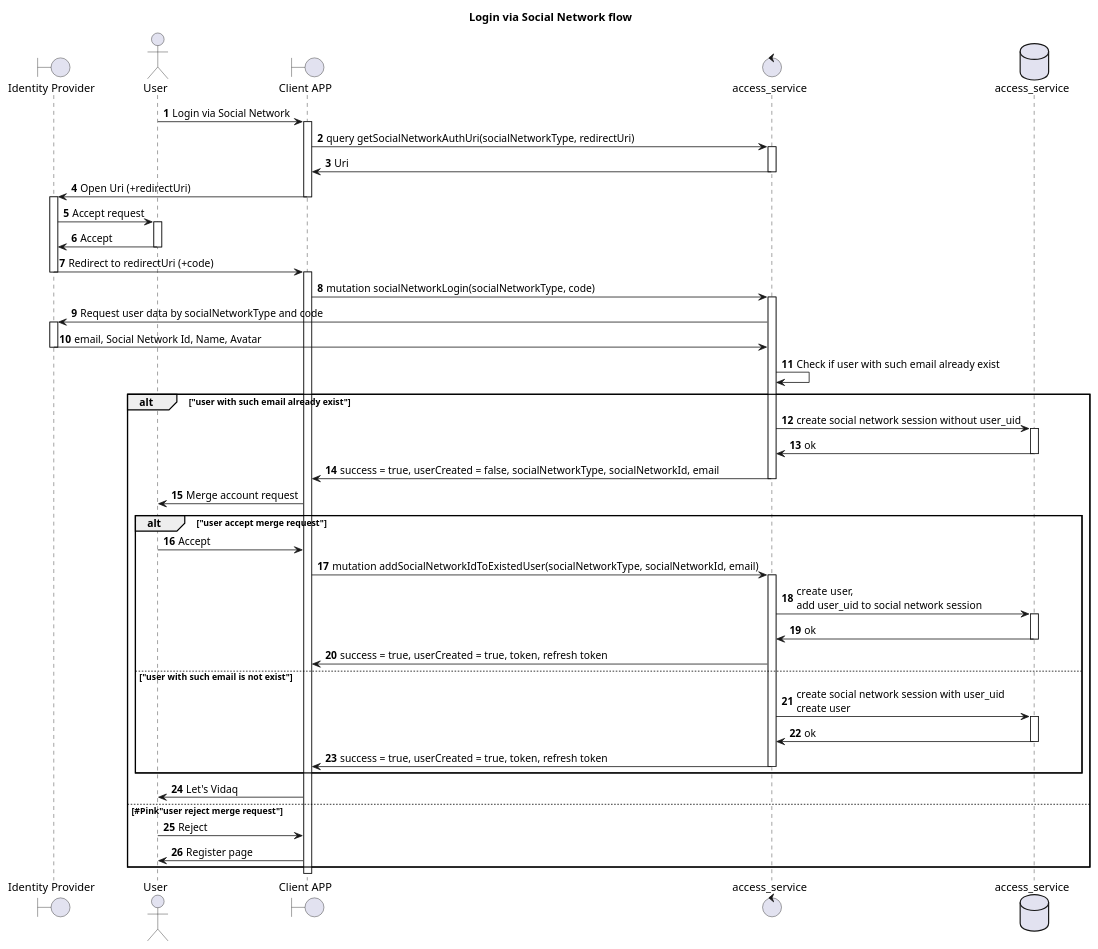
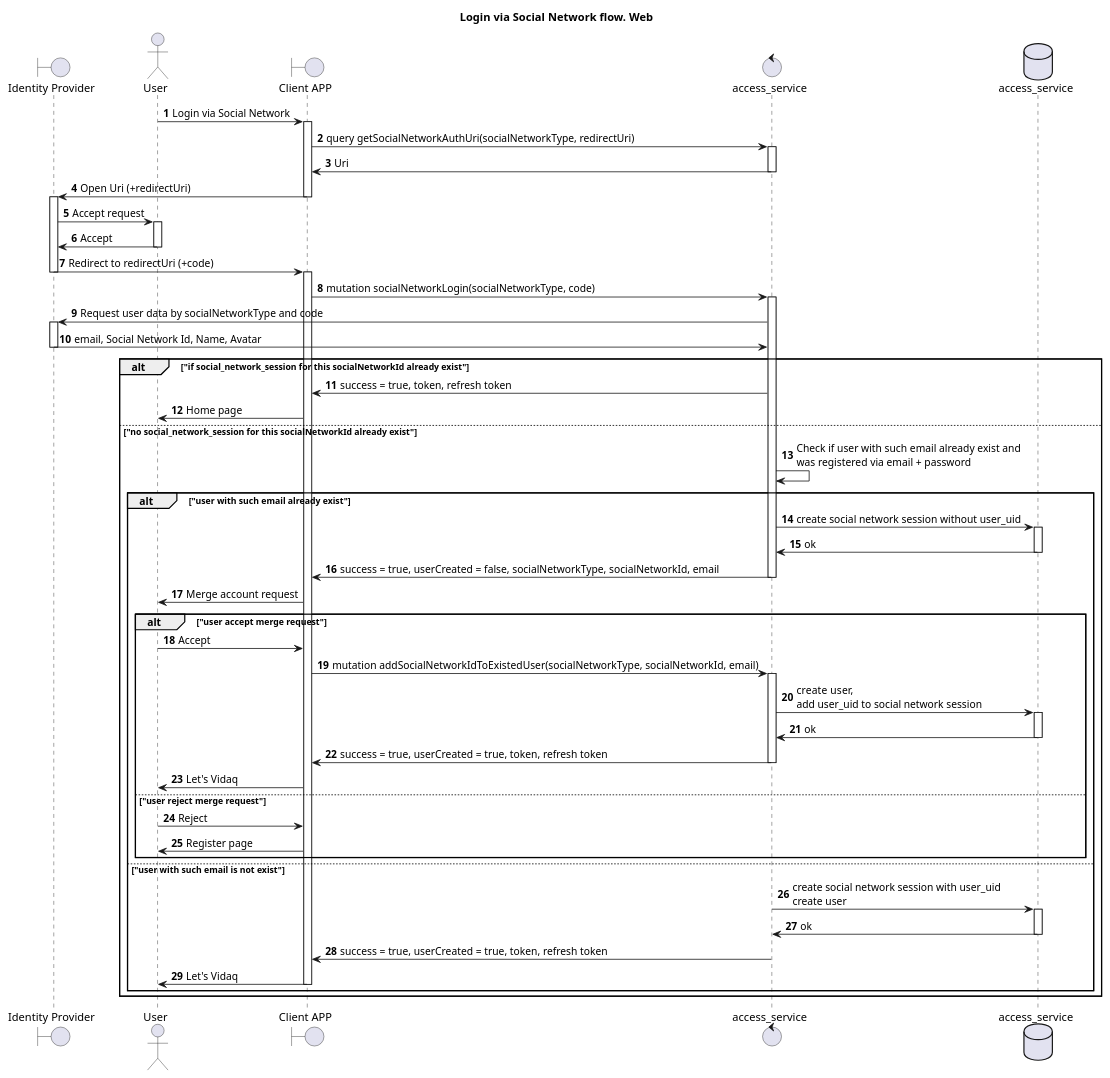
Before and after one commit to algruwork/work: the diagram in schemas/auth_with_social_network_web.puml, drawn with PlantUML. The commit also changed 1 other file, not shown here.

Commit message:
fix auth via social schemas

```diff
--- a/schemas/auth_with_social_network_web.puml
+++ b/schemas/auth_with_social_network_web.puml
@@ -1,67 +1,75 @@
 @startuml
 
-title "Login via Social Network flow"
+title "Login via Social Network flow. Web"
 boundary "Identity Provider" as SN
 actor User as U
 boundary "Client APP" as GUI
 control "access_service" as AC
 database "access_service" as DB
 
 autonumber
 
 U-> GUI: Login via Social Network
 activate GUI
 GUI -> AC: query getSocialNetworkAuthUri(socialNetworkType, redirectUri)
 activate AC
 AC -> GUI: Uri
 deactivate AC
 GUI -> SN: Open Uri (+redirectUri)
 deactivate GUI
 activate SN
 SN -> U: Accept request
 activate U
 U -> SN: Accept
 deactivate U
 SN -> GUI: Redirect to redirectUri (+code)
 deactivate SN
 activate GUI
 GUI -> AC: mutation socialNetworkLogin(socialNetworkType, code)
 
 activate AC
 AC -> SN: Request user data by socialNetworkType and code
 activate SN
 SN -> AC: email, Social Network Id, Name, Avatar
 deactivate SN
-AC -> AC: Check if user with such email already exist
+alt "if social_network_session for this socialNetworkId already exist"
+AC -> GUI: success = true, token, refresh token
+GUI -> U: Home page
+else "no social_network_session for this socialNetworkId already exist"
+AC -> AC: Check if user with such email already exist and\nwas registered via email + password
 alt "user with such email already exist"
 AC -> DB: create social network session without user_uid
 activate DB
 DB -> AC: ok
 deactivate DB
 AC -> GUI: success = true, userCreated = false, socialNetworkType, socialNetworkId, email
 deactivate AC
 GUI -> U: Merge account request
 alt "user accept merge request"
 U -> GUI: Accept
 GUI -> AC: mutation addSocialNetworkIdToExistedUser(socialNetworkType, socialNetworkId, email)
 activate AC
 AC -> DB: create user,\nadd user_uid to social network session
 activate DB
 DB -> AC: ok
 deactivate DB
 AC -> GUI: success = true, userCreated = true, token, refresh token
+deactivate AC
+GUI -> U: Let's Vidaq
+else "user reject merge request"
+U -> GUI: Reject
+GUI -> U: Register page
+end
 else  "user with such email is not exist"
 AC -> DB: create social network session with user_uid \ncreate user
 activate DB
 DB -> AC: ok
 deactivate DB
 AC -> GUI: success = true, userCreated = true, token, refresh token
 deactivate AC
+GUI -> U: Let's Vidaq
+deactivate GUI
 end
-GUI -> U: Let's Vidaq
-else #Pink"user reject merge request"
-U -> GUI: Reject
-GUI -> U: Register page
 end
 
 @enduml
```
